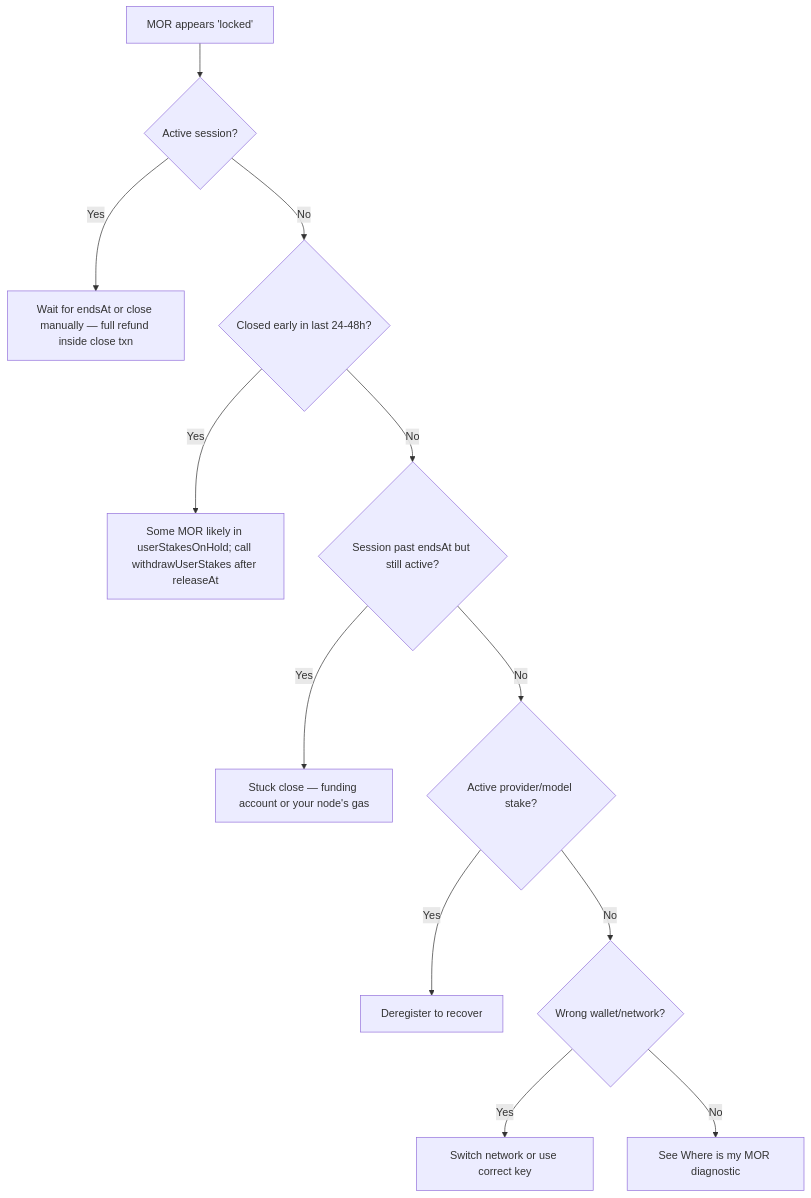
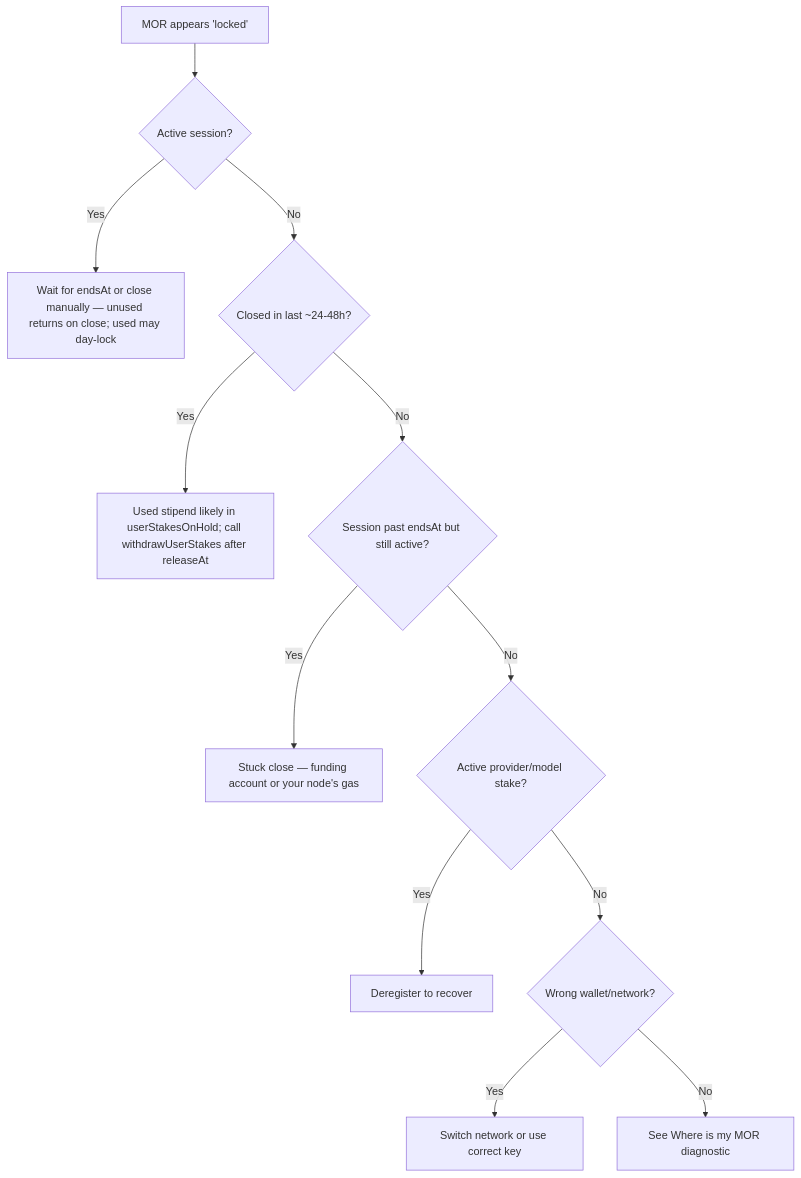
The diagram in docs/ai/why-locked-in-contract.mdx (cowboycoderhq/Morpheus-Lumerin-Node), drawn with Mermaid before and after one commit. The commit also changed other lines of this file and 13 other files, not shown here.

First line of the commit message:
docs: align consumer MOR / day-lock expectations with #830

````diff
--- a/docs/ai/why-locked-in-contract.mdx
+++ b/docs/ai/why-locked-in-contract.mdx
@@ -56,14 +56,14 @@
 ```mermaid
 flowchart TD
   Start[MOR appears 'locked'] --> Q1{Active session?}
-  Q1 -->|Yes| A1[Wait for endsAt or close manually — full refund inside close txn]
-  Q1 -->|No| Q2{Closed early in last 24-48h?}
-  Q2 -->|Yes| A2[Some MOR likely in userStakesOnHold; call withdrawUserStakes after releaseAt]
+  Q1 -->|Yes| A1[Wait for endsAt or close manually — unused returns on close; used may day-lock]
+  Q1 -->|No| Q2{Closed in last ~24-48h?}
+  Q2 -->|Yes| A2[Used stipend likely in userStakesOnHold; call withdrawUserStakes after releaseAt]
   Q2 -->|No| Q3{Session past endsAt but still active?}
   Q3 -->|Yes| A3[Stuck close — funding account or your node's gas]
   Q3 -->|No| Q4{Active provider/model stake?}
   Q4 -->|Yes| A4[Deregister to recover]
   Q4 -->|No| Q5{Wrong wallet/network?}
   Q5 -->|Yes| A5[Switch network or use correct key]
   Q5 -->|No| A6[See Where is my MOR diagnostic]
 ```
````
